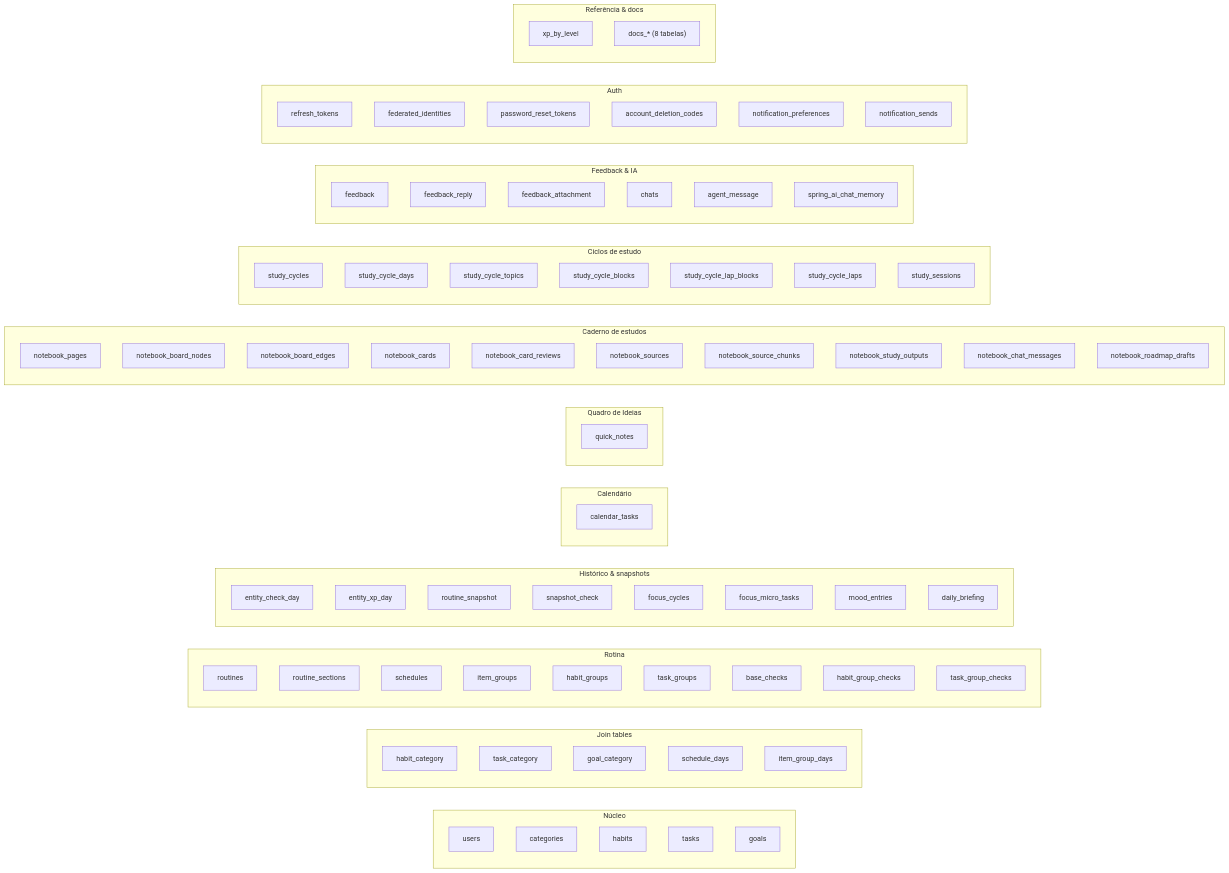
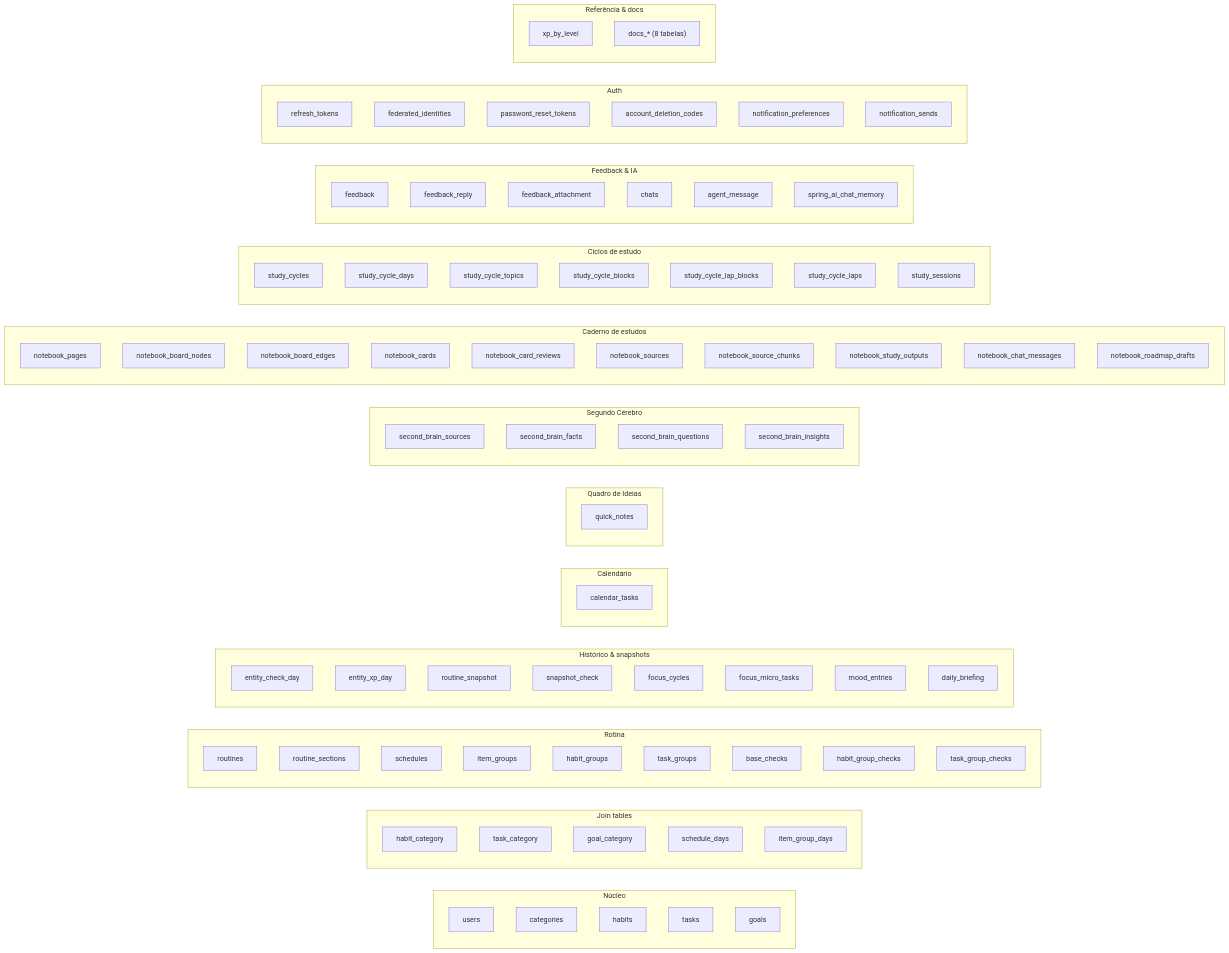
Before and after one commit to AndDev741/Beyou-arch-design: the fifth of 5 diagrams in architecture/domain-model/pt.md, drawn with Mermaid. The commit also changed other lines of this file and 31 other files, not shown here.

```diff
--- a/architecture/domain-model/pt.md
+++ b/architecture/domain-model/pt.md
@@ -684,6 +740,13 @@
     quick_notes
   end
 
+  subgraph secondbrain["Segundo Cérebro"]
+    second_brain_sources
+    second_brain_facts
+    second_brain_questions
+    second_brain_insights
+  end
+
   subgraph notebook["Caderno de estudos"]
     notebook_pages
     notebook_board_nodes
```
